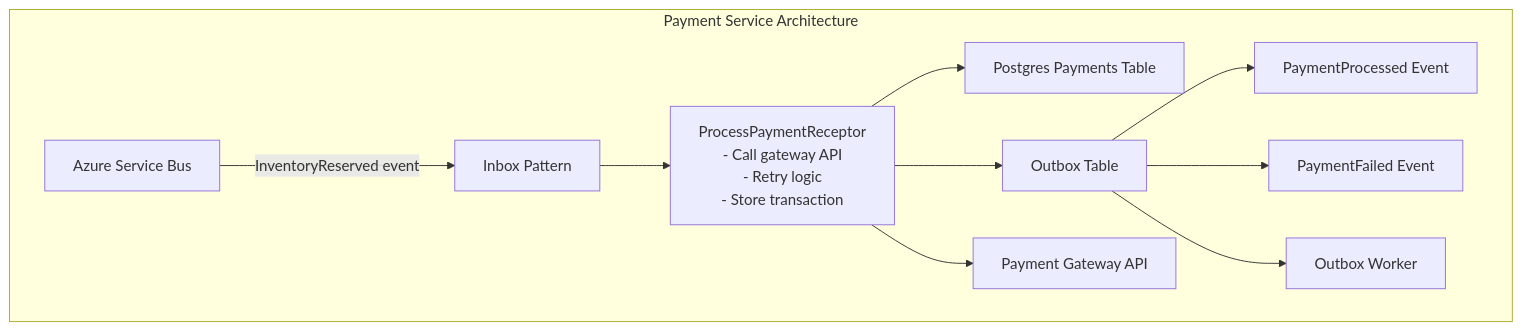
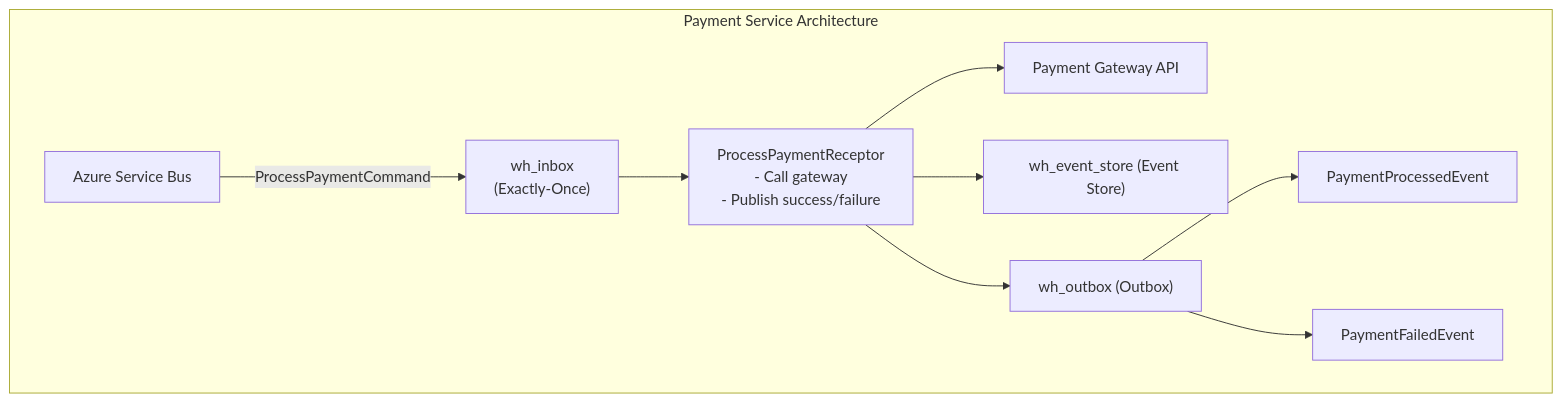
The first of 3 diagrams in src/assets/docs/v1.0.0/learn/tutorial/payment-processing.md (whizbang-lib/whizbang-lib.github.io), drawn with Mermaid before and after one commit. The commit also changed other lines of this file and 48 other files, not shown here.

````diff
--- a/src/assets/docs/v1.0.0/learn/tutorial/payment-processing.md
+++ b/src/assets/docs/v1.0.0/learn/tutorial/payment-processing.md
@@ -35,28 +40,26 @@
 ```mermaid
 flowchart TD
     subgraph PSA["Payment Service Architecture"]
         ASB["Azure Service Bus"]
-        Inbox["Inbox Pattern"]
-        Receptor["ProcessPaymentReceptor<br/>- Call gateway API<br/>- Retry logic<br/>- Store transaction"]
-        PaymentsTable["Postgres Payments Table"]
-        OutboxTable["Outbox Table"]
+        Inbox["wh_inbox<br/>(Exactly-Once)"]
+        Receptor["ProcessPaymentReceptor<br/>- Call gateway<br/>- Publish success/failure"]
+        EventStore["wh_event_store (Event Store)"]
+        OutboxTable["wh_outbox (Outbox)"]
         Gateway["Payment Gateway API"]
-        Processed["PaymentProcessed Event"]
-        Failed["PaymentFailed Event"]
-        OutboxWorker["Outbox Worker"]
+        Processed["PaymentProcessedEvent"]
+        Failed["PaymentFailedEvent"]
 
-        ASB -->|"InventoryReserved event"| Inbox
+        ASB -->|"ProcessPaymentCommand"| Inbox
         Inbox --> Receptor
-        Receptor --> PaymentsTable
+        Receptor --> Gateway
+        Receptor --> EventStore
         Receptor --> OutboxTable
-        Receptor --> Gateway
         OutboxTable --> Processed
         OutboxTable --> Failed
-        OutboxTable --> OutboxWorker
     end
 
-    class ASB,OutboxTable,OutboxWorker layer-command
+    class ASB,OutboxTable layer-command
     class Inbox,Receptor layer-core
-    class PaymentsTable,Processed,Failed layer-event
+    class EventStore,Processed,Failed layer-event
     class Gateway layer-infrastructure
 ```
````
